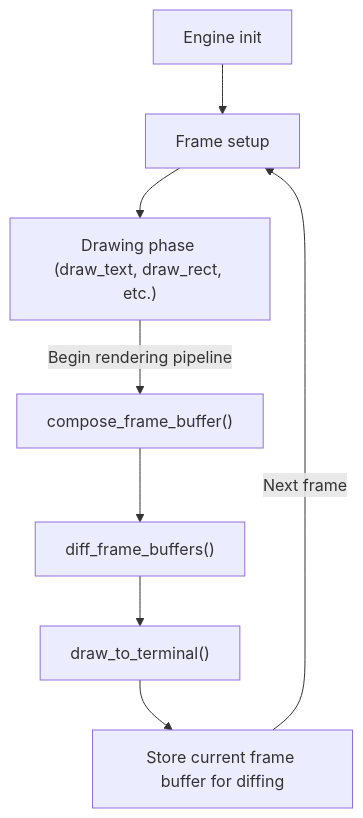
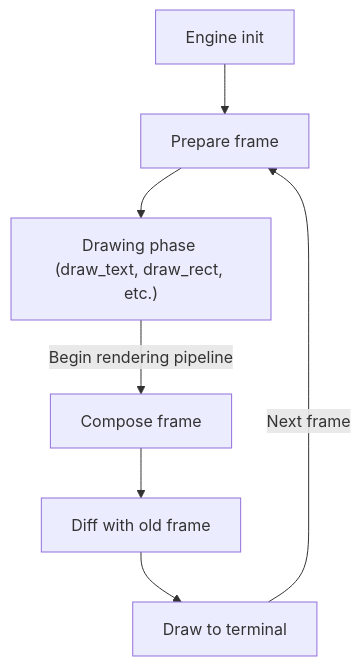
The diagram in docs/rendering-pipeline.md (airblast-dev/germterm), drawn with Mermaid before and after one commit. The commit also changed other lines of this file and 7 other files, not shown here.

````diff
--- a/docs/rendering-pipeline.md
+++ b/docs/rendering-pipeline.md
@@ -3,10 +3,9 @@
 ```mermaid
 flowchart TD
     engine_init["Engine init"] --> frame_setup
-    frame_setup["Frame setup"] --> drawing_phase
+    frame_setup["Prepare frame"] --> drawing_phase
     drawing_phase["Drawing phase (draw_text, draw_rect, etc.)"] -->|"Begin rendering pipeline"| compose_frame_buffer
-    compose_frame_buffer["compose_frame_buffer()"] --> diff_frame_buffers
-    diff_frame_buffers["diff_frame_buffers()"] --> draw_to_terminal
-    draw_to_terminal["draw_to_terminal()"] --> store_frame_buffer_for_next_frame
-    store_frame_buffer_for_next_frame["Store current frame buffer for diffing"] -->|"Next frame"| frame_setup
+    compose_frame_buffer["Compose frame"] --> diff_frame_buffers
+    diff_frame_buffers["Diff with old frame"] --> draw_to_terminal
+    draw_to_terminal["Draw to terminal"] -->|"Next frame"| frame_setup
 ```
````
